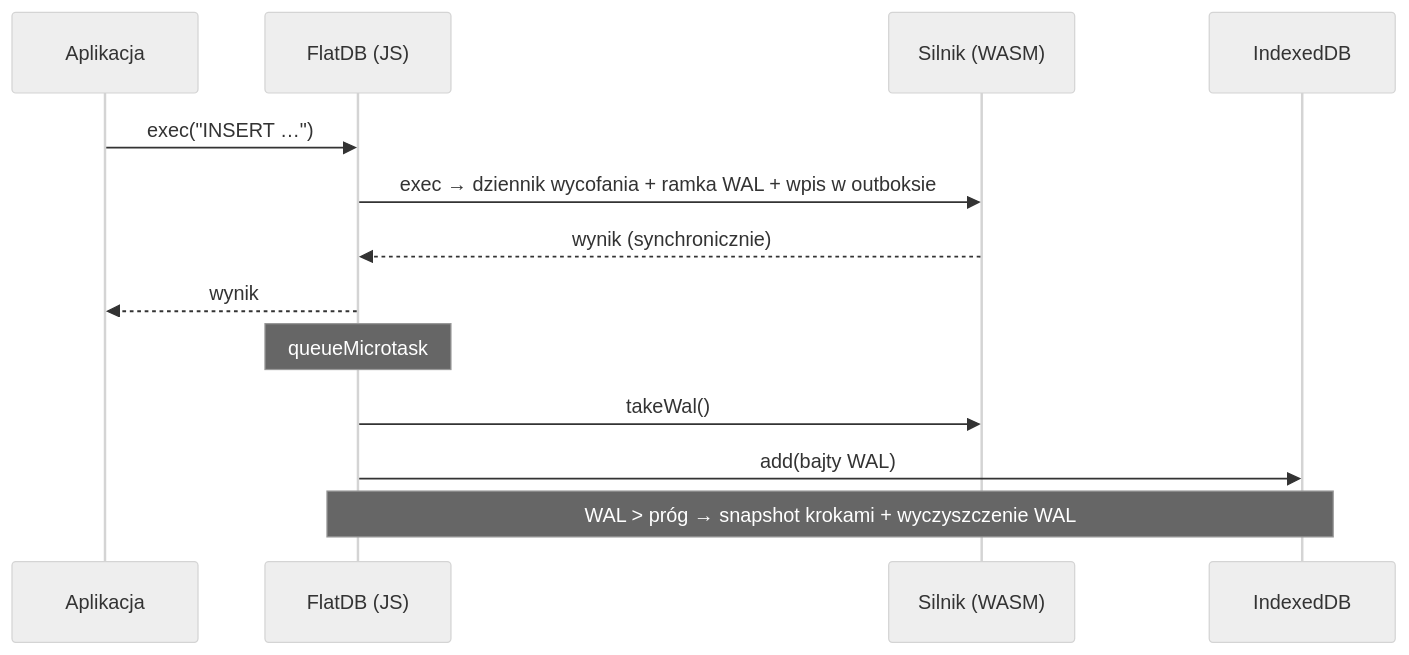
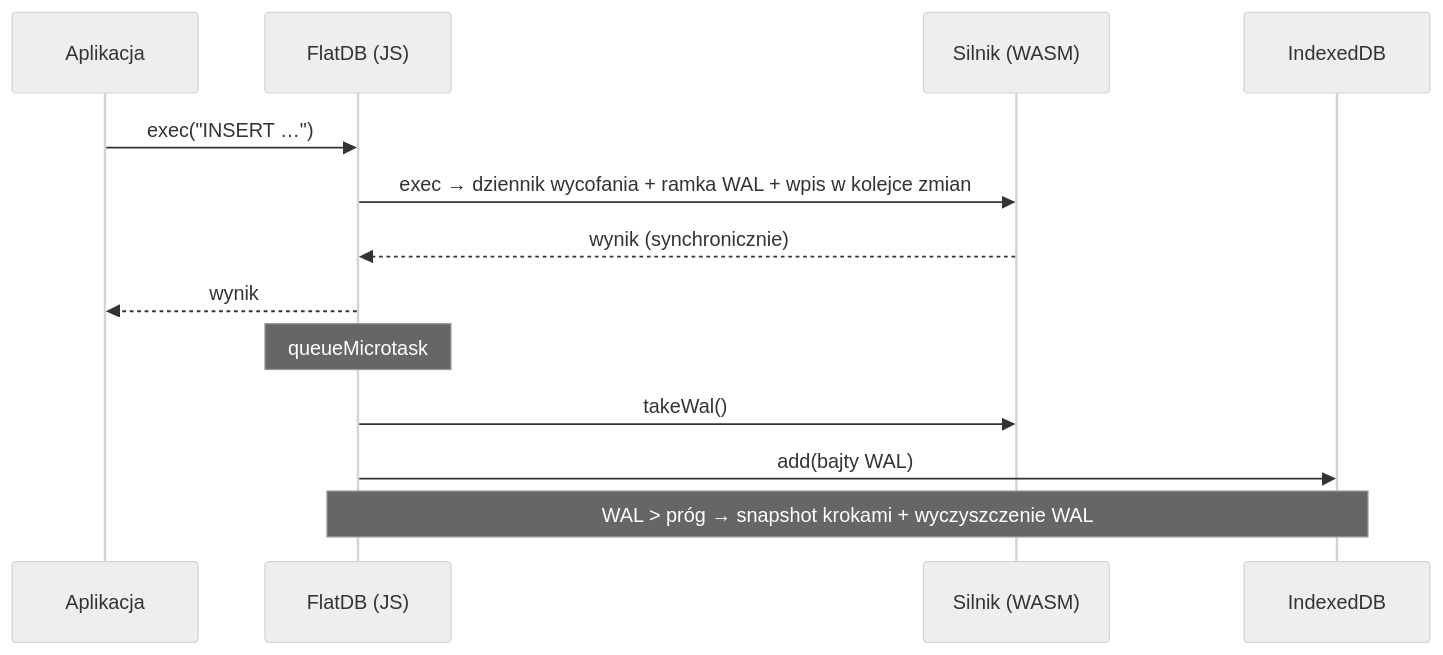
One commit to best-team-8/dbms-rust-wasm changed the third of 4 diagrams in README.md. Above: the diagram before and after it, drawn with Mermaid (neutral theme). The commit also changed other lines of this file and 117 other files, not shown here.

````diff
--- a/README.md
+++ b/README.md
@@ -84,15 +80,15 @@
 ```mermaid
 sequenceDiagram
   participant App as Aplikacja
   participant B as FlatDB (JS)
   participant E as Silnik (WASM)
   participant S as IndexedDB
   App->>B: exec("INSERT …")
-  B->>E: exec → dziennik wycofania + ramka WAL + wpis w outboksie
+  B->>E: exec → dziennik wycofania + ramka WAL + wpis w kolejce zmian
   E-->>B: wynik (synchronicznie)
   B-->>App: wynik
   Note over B: queueMicrotask
   B->>E: takeWal()
   B->>S: add(bajty WAL)
   Note over B,S: WAL > próg → snapshot krokami + wyczyszczenie WAL
 ```
````
